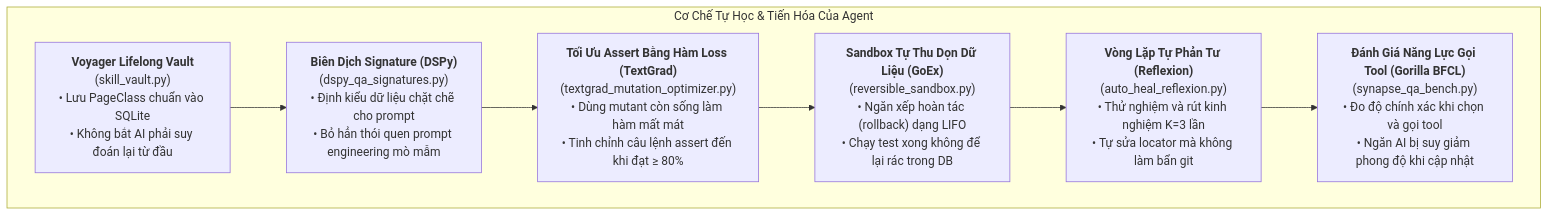
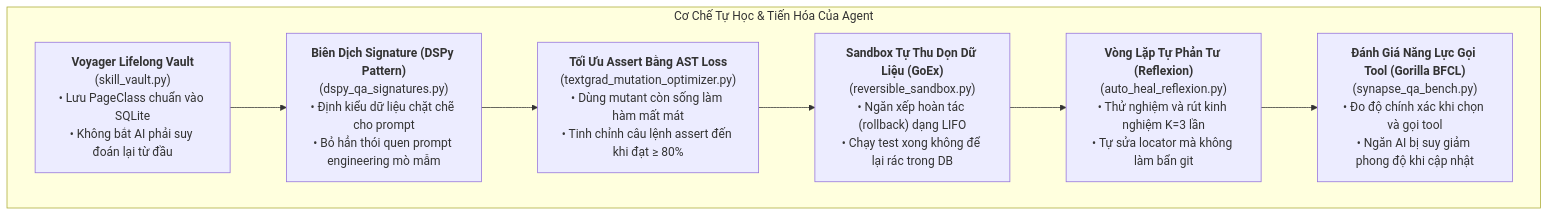
Before and after one commit to TeeVee98/Synapse-Hub: the third of 3 diagrams in docs/ARCHITECTURE.md, drawn with Mermaid. The commit also changed other lines of this file and 20 other files, not shown here.

Commit message:
feat(architecture): elevate synapse-hub with modular sdk, sub-8s fast gates, and som visual fallback

````diff
--- a/docs/ARCHITECTURE.md
+++ b/docs/ARCHITECTURE.md
@@ -151,13 +151,13 @@
 ```mermaid
 flowchart TD
     subgraph SelfEvolution["Cơ Chế Tự Học & Tiến Hóa Của Agent"]
         Vault["<b>Voyager Lifelong Vault</b><br/>(skill_vault.py)<br/>• Lưu PageClass chuẩn vào SQLite<br/>• Không bắt AI phải suy đoán lại từ đầu"]
         Reflexion["<b>Vòng Lặp Tự Phản Tư (Reflexion)</b><br/>(auto_heal_reflexion.py)<br/>• Thử nghiệm và rút kinh nghiệm K=3 lần<br/>• Tự sửa locator mà không làm bẩn git"]
-        DSPy["<b>Biên Dịch Signature (DSPy)</b><br/>(dspy_qa_signatures.py)<br/>• Định kiểu dữ liệu chặt chẽ cho prompt<br/>• Bỏ hẳn thói quen prompt engineering mò mẫm"]
-        TextGrad["<b>Tối Ưu Assert Bằng Hàm Loss (TextGrad)</b><br/>(textgrad_mutation_optimizer.py)<br/>• Dùng mutant còn sống làm hàm mất mát<br/>• Tinh chỉnh câu lệnh assert đến khi đạt &ge; 80%"]
+        DSPy["<b>Biên Dịch Signature (DSPy Pattern)</b><br/>(dspy_qa_signatures.py)<br/>• Định kiểu dữ liệu chặt chẽ cho prompt<br/>• Bỏ hẳn thói quen prompt engineering mò mẫm"]
+        TextGrad["<b>Tối Ưu Assert Bằng AST Loss</b><br/>(textgrad_mutation_optimizer.py)<br/>• Dùng mutant còn sống làm hàm mất mát<br/>• Tinh chỉnh câu lệnh assert đến khi đạt &ge; 80%"]
         Reversible["<b>Sandbox Tự Thu Dọn Dữ Liệu (GoEx)</b><br/>(reversible_sandbox.py)<br/>• Ngăn xếp hoàn tác (rollback) dạng LIFO<br/>• Chạy test xong không để lại rác trong DB"]
         Bench["<b>Đánh Giá Năng Lực Gọi Tool (Gorilla BFCL)</b><br/>(synapse_qa_bench.py)<br/>• Đo độ chính xác khi chọn và gọi tool<br/>• Ngăn AI bị suy giảm phong độ khi cập nhật"]
     end
 
     Vault --> DSPy --> TextGrad --> Reversible --> Reflexion --> Bench
 ```
````
